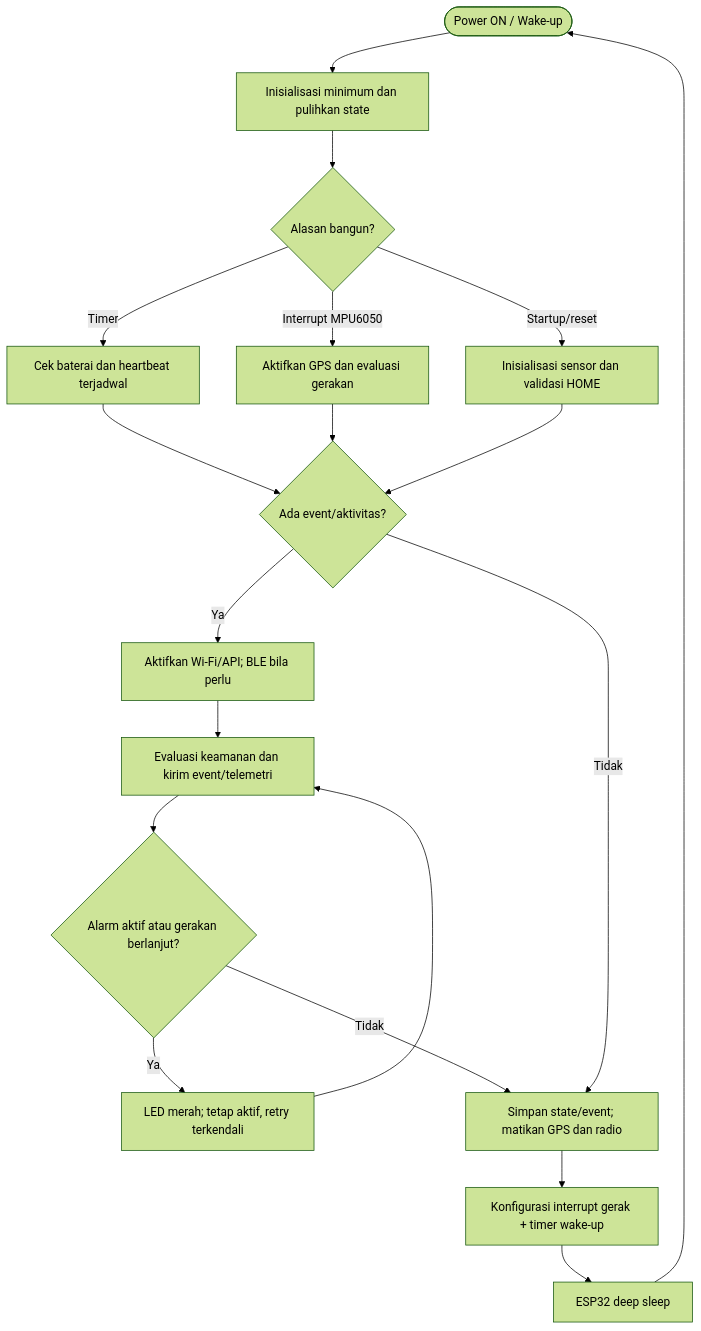
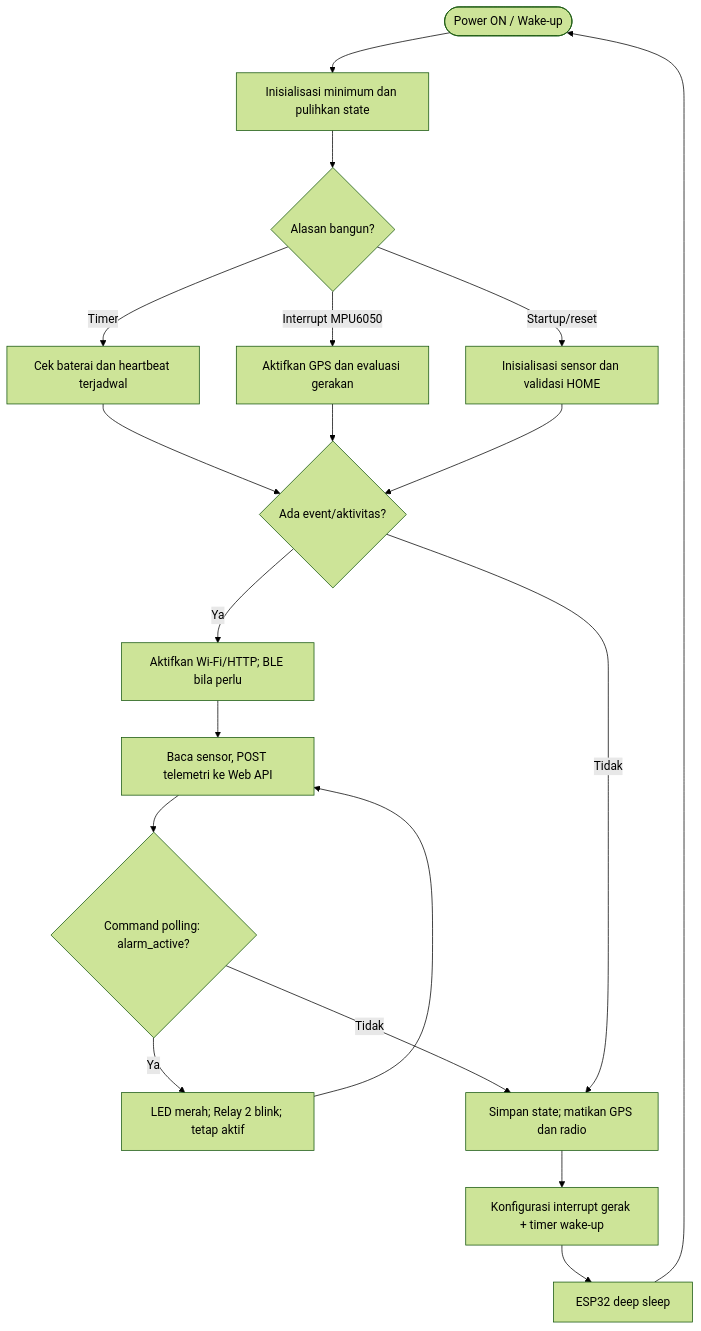
The third of 5 diagrams in docs/SMARTGUARD_Core_v5.1_Clean.md (FahmiFirdaus7/Smart-Theft-IoT), drawn with Mermaid (forest theme) before and after one commit. The commit also changed other lines of this file and 27 other files, not shown here.

````diff
--- a/docs/SMARTGUARD_Core_v5.1_Clean.md
+++ b/docs/SMARTGUARD_Core_v5.1_Clean.md
@@ -183,21 +192,21 @@
 ```mermaid
 flowchart TD
     A([Power ON / Wake-up]) --> B[Inisialisasi minimum dan pulihkan state]
     B --> C{Alasan bangun?}
     C -- Timer --> D[Cek baterai dan heartbeat terjadwal]
     C -- Interrupt MPU6050 --> E[Aktifkan GPS dan evaluasi gerakan]
     C -- Startup/reset --> F[Inisialisasi sensor dan validasi HOME]
     D --> G{Ada event/aktivitas?}
     E --> G
     F --> G
-    G -- Ya --> H[Aktifkan Wi-Fi/API; BLE bila perlu]
-    H --> I[Evaluasi keamanan dan kirim event/telemetri]
-    I --> J{Alarm aktif atau gerakan berlanjut?}
-    J -- Ya --> K[LED merah; tetap aktif, retry terkendali]
+    G -- Ya --> H[Aktifkan Wi-Fi/HTTP; BLE bila perlu]
+    H --> I[Baca sensor, POST telemetri ke Web API]
+    I --> J{Command polling: alarm_active?}
+    J -- Ya --> K[LED merah; Relay 2 blink; tetap aktif]
     K --> I
-    J -- Tidak --> L[Simpan state/event; matikan GPS dan radio]
+    J -- Tidak --> L[Simpan state; matikan GPS dan radio]
     G -- Tidak --> L
     L --> M[Konfigurasi interrupt gerak + timer wake-up]
     M --> N[ESP32 deep sleep]
     N --> A
 ```
````
